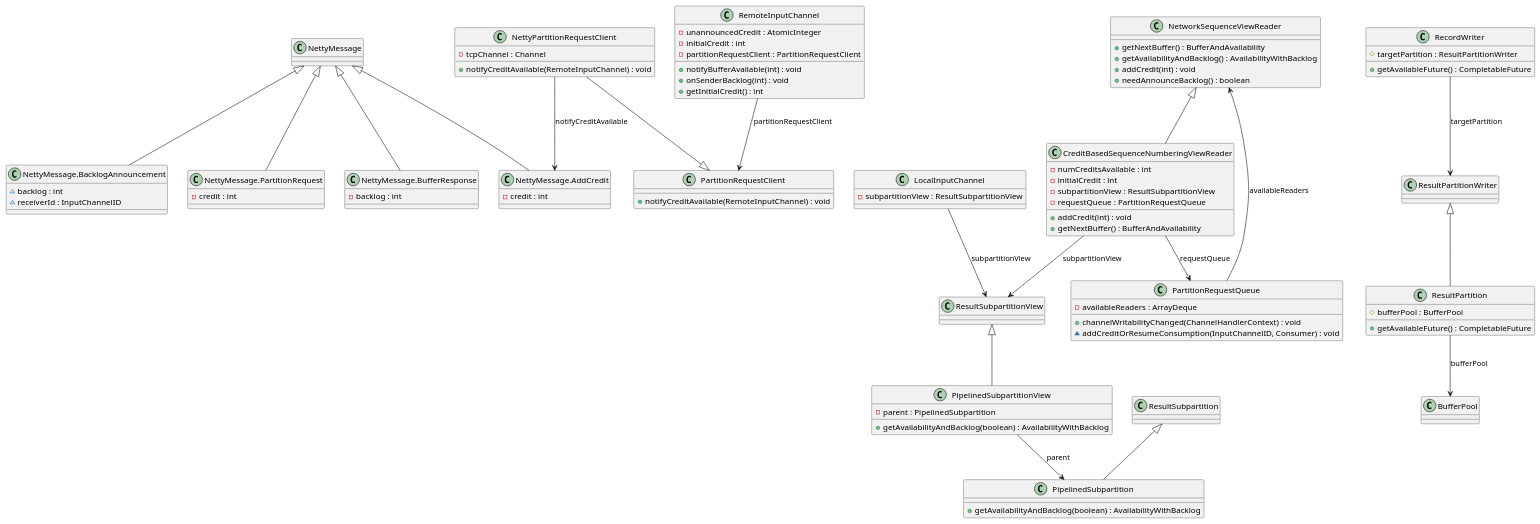
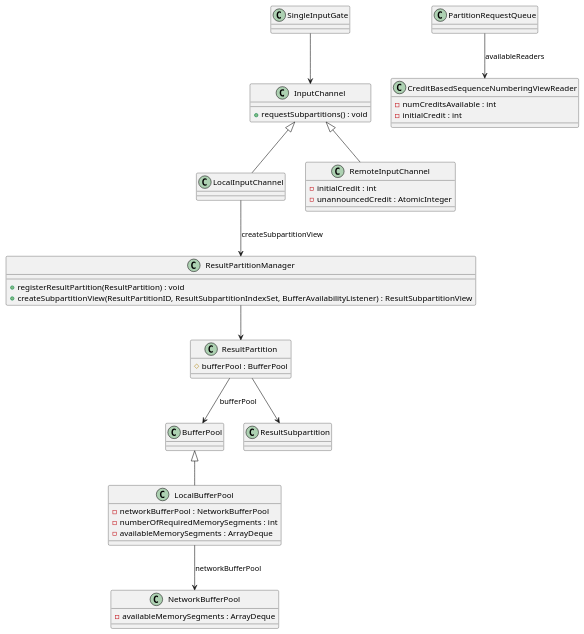
The third of 4 diagrams in content/post/data/stream/flink/taskmanager/index.md (kevinwang930/kevinwang930.github.io), drawn with PlantUML before and after one commit. The commit also changed other lines of this file and 3 other files, not shown here.

````diff
--- a/content/post/data/stream/flink/taskmanager/index.md
+++ b/content/post/data/stream/flink/taskmanager/index.md
@@ -400,96 +219,49 @@
 ```plantuml
 @startuml
 
-class RecordWriter {
-  # targetPartition : ResultPartitionWriter
-  + getAvailableFuture() : CompletableFuture
+class ResultPartitionManager {
+  + registerResultPartition(ResultPartition) : void
+  + createSubpartitionView(ResultPartitionID, ResultSubpartitionIndexSet, BufferAvailabilityListener) : ResultSubpartitionView
 }
-class ResultPartitionWriter
 class ResultPartition {
   # bufferPool : BufferPool
-  + getAvailableFuture() : CompletableFuture
 }
 class BufferPool
-class PipelinedSubpartition {
-  + getAvailabilityAndBacklog(boolean) : AvailabilityWithBacklog
+class LocalBufferPool {
+  - networkBufferPool : NetworkBufferPool
+  - numberOfRequiredMemorySegments : int
+  - availableMemorySegments : ArrayDeque
+}
+class NetworkBufferPool {
+  - availableMemorySegments : ArrayDeque
 }
 class ResultSubpartition
-class PipelinedSubpartitionView {
-  - parent : PipelinedSubpartition
-  + getAvailabilityAndBacklog(boolean) : AvailabilityWithBacklog
-}
-class ResultSubpartitionView
-class NetworkSequenceViewReader {
-  + getNextBuffer() : BufferAndAvailability
-  + getAvailabilityAndBacklog() : AvailabilityWithBacklog
-  + addCredit(int) : void
-  + needAnnounceBacklog() : boolean
-}
 class CreditBasedSequenceNumberingViewReader {
   - numCreditsAvailable : int
   - initialCredit : int
-  - subpartitionView : ResultSubpartitionView
-  - requestQueue : PartitionRequestQueue
-  + addCredit(int) : void
-  + getNextBuffer() : BufferAndAvailability
 }
-class PartitionRequestQueue {
-  - availableReaders : ArrayDeque
-  + channelWritabilityChanged(ChannelHandlerContext) : void
-  ~ addCreditOrResumeConsumption(InputChannelID, Consumer) : void
+class PartitionRequestQueue
+class SingleInputGate
+class InputChannel {
+  + requestSubpartitions() : void
 }
+class LocalInputChannel
 class RemoteInputChannel {
+  - initialCredit : int
   - unannouncedCredit : AtomicInteger
-  - initialCredit : int
-  - partitionRequestClient : PartitionRequestClient
-  + notifyBufferAvailable(int) : void
-  + onSenderBacklog(int) : void
-  + getInitialCredit() : int
-}
-class LocalInputChannel {
-  - subpartitionView : ResultSubpartitionView
-}
-class PartitionRequestClient {
-  + notifyCreditAvailable(RemoteInputChannel) : void
-}
-class NettyPartitionRequestClient {
-  - tcpChannel : Channel
-  + notifyCreditAvailable(RemoteInputChannel) : void
-}
-class NettyMessage
-class "NettyMessage.PartitionRequest" as PartitionRequest {
-  - credit : int
-}
-class "NettyMessage.BufferResponse" as BufferResponse {
-  - backlog : int
-}
-class "NettyMessage.AddCredit" as AddCredit {
-  - credit : int
-}
-class "NettyMessage.BacklogAnnouncement" as BacklogAnnouncement {
-  ~ backlog : int
-  ~ receiverId : InputChannelID
 }
 
-ResultPartition -up-|> ResultPartitionWriter
-PipelinedSubpartition -up-|> ResultSubpartition
-PipelinedSubpartitionView -up-|> ResultSubpartitionView
-CreditBasedSequenceNumberingViewReader -up-|> NetworkSequenceViewReader
-NettyPartitionRequestClient -down-|> PartitionRequestClient
-PartitionRequest -up-|> NettyMessage
-BufferResponse -up-|> NettyMessage
-AddCredit -up-|> NettyMessage
-BacklogAnnouncement -up-|> NettyMessage
+LocalInputChannel -up-|> InputChannel
+RemoteInputChannel -up-|> InputChannel
+LocalBufferPool -up-|> BufferPool
 
-RecordWriter -down-> ResultPartitionWriter : targetPartition
+ResultPartitionManager --> ResultPartition
 ResultPartition -down-> BufferPool : bufferPool
-PipelinedSubpartitionView --> PipelinedSubpartition : parent
-CreditBasedSequenceNumberingViewReader --> ResultSubpartitionView : subpartitionView
-CreditBasedSequenceNumberingViewReader -down-> PartitionRequestQueue : requestQueue
-PartitionRequestQueue --> NetworkSequenceViewReader : availableReaders
-LocalInputChannel --> ResultSubpartitionView : subpartitionView
-RemoteInputChannel -down-> PartitionRequestClient : partitionRequestClient
-NettyPartitionRequestClient --> AddCredit : notifyCreditAvailable
+LocalBufferPool --> NetworkBufferPool : networkBufferPool
+ResultPartition --> ResultSubpartition
+PartitionRequestQueue --> CreditBasedSequenceNumberingViewReader : availableReaders
+SingleInputGate --> InputChannel
+LocalInputChannel --> ResultPartitionManager : createSubpartitionView
 
 @enduml
 ```
````
